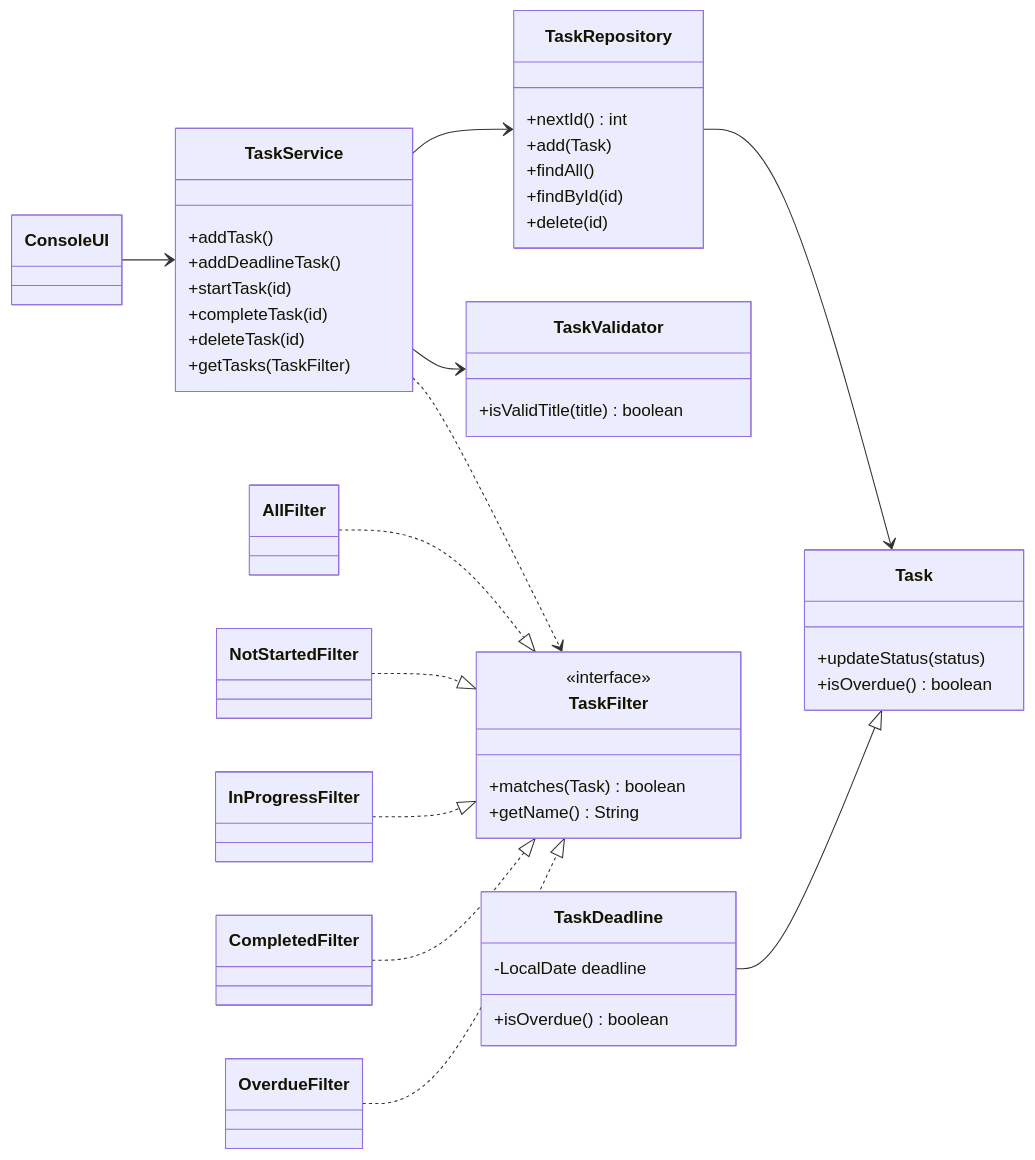
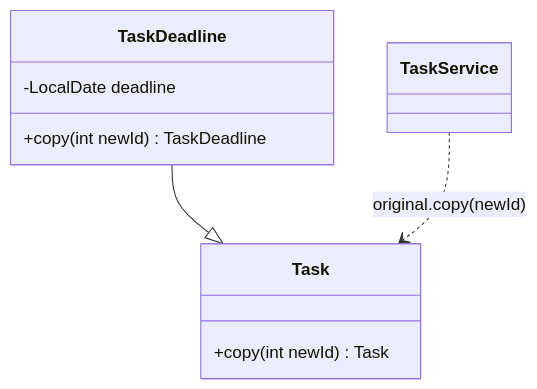
One commit to gabr1elaa/tmps-lab-project changed the third of 3 diagrams in lab1/README.md. Above: the diagram before and after it, drawn with Mermaid. The commit also changed other lines of this file and 49 other files, not shown here.

````diff
--- a/lab1/README.md
+++ b/lab1/README.md
@@ -314,48 +364,12 @@
 ```mermaid
 classDiagram
-    direction LR
-    class ConsoleUI
-    class TaskService {
-        +addTask()
-        +addDeadlineTask()
-        +startTask(id)
-        +completeTask(id)
-        +deleteTask(id)
-        +getTasks(TaskFilter)
-    }
-    class TaskRepository {
-        +nextId() int
-        +add(Task)
-        +findAll()
-        +findById(id)
-        +delete(id)
-    }
-    class TaskValidator {
-        +isValidTitle(title) boolean
-    }
-    class TaskFilter {
-        <<interface>>
-        +matches(Task) boolean
-        +getName() String
-    }
     class Task {
-        +updateStatus(status)
-        +isOverdue() boolean
+        +copy(int newId) Task
     }
     class TaskDeadline {
         -LocalDate deadline
-        +isOverdue() boolean
+        +copy(int newId) TaskDeadline
     }
-
-    ConsoleUI --> TaskService
-    TaskService --> TaskRepository
-    TaskService --> TaskValidator
-    TaskService ..> TaskFilter
-    TaskRepository --> Task
     TaskDeadline --|> Task
-    AllFilter ..|> TaskFilter
-    NotStartedFilter ..|> TaskFilter
-    InProgressFilter ..|> TaskFilter
-    CompletedFilter ..|> TaskFilter
-    OverdueFilter ..|> TaskFilter
+    TaskService ..> Task : original.copy(newId)
 ```
````
